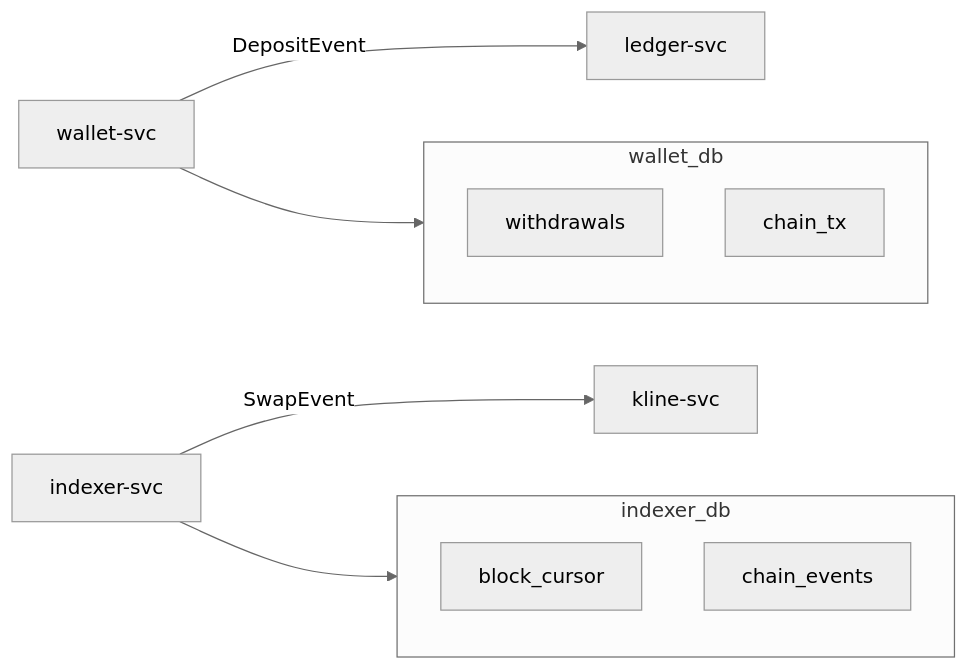
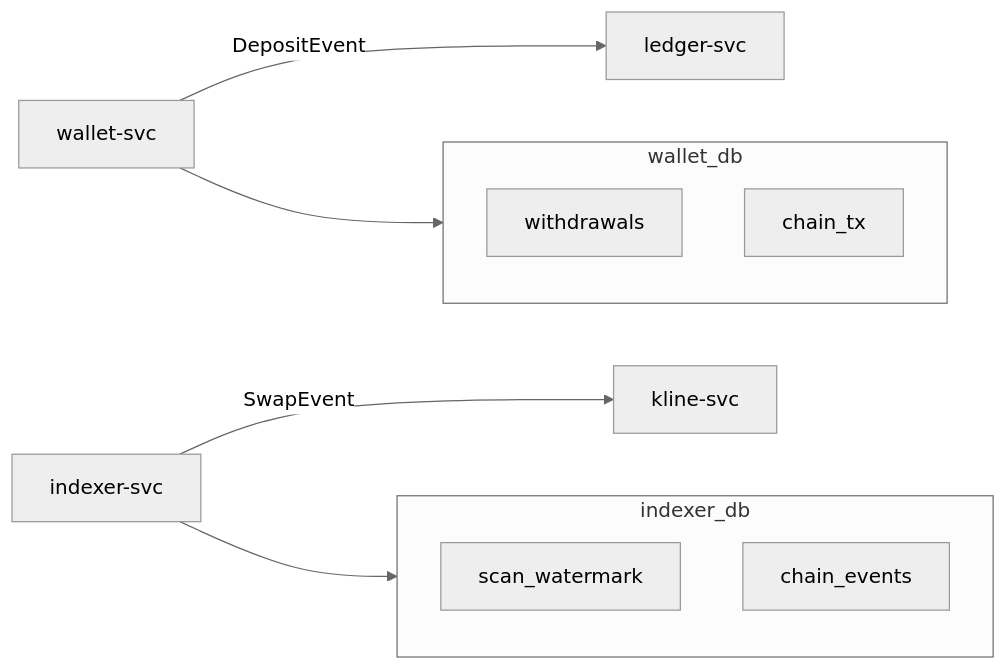
Before and after one commit to twodog-tt/Golang-development-manual: the second of 3 diagrams in docs/topics/15-microservices-exchange/S-MSVC-04-database-per-service.md, drawn with Mermaid (neutral theme). The commit also changed 15 other files, not shown here.

First line of the commit message:
Rename indexer cursor to scan watermark in docs.

````diff
--- a/docs/topics/15-microservices-exchange/S-MSVC-04-database-per-service.md
+++ b/docs/topics/15-microservices-exchange/S-MSVC-04-database-per-service.md
@@ -58,15 +58,15 @@
 ```mermaid
 flowchart LR
   subgraph wallet_db
     Withdraw[withdrawals]
     ChainTx[chain_tx]
   end
   subgraph indexer_db
-    Cursor[block_cursor]
+    Watermark[scan_watermark]
     Events[chain_events]
   end
   Wallet[wallet-svc] --> wallet_db
   Wallet -->|DepositEvent| Ledger[ledger-svc]
   Idx[indexer-svc] --> indexer_db
   Idx -->|SwapEvent| Kline[kline-svc]
 ```
````
